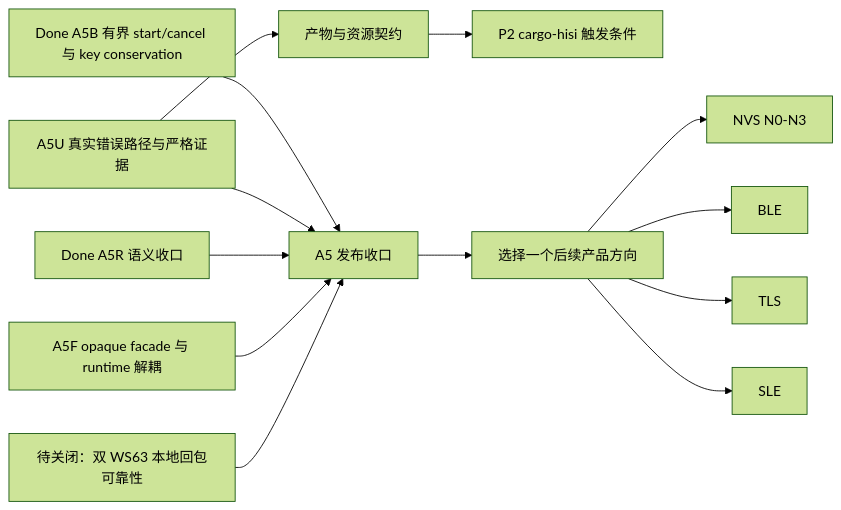
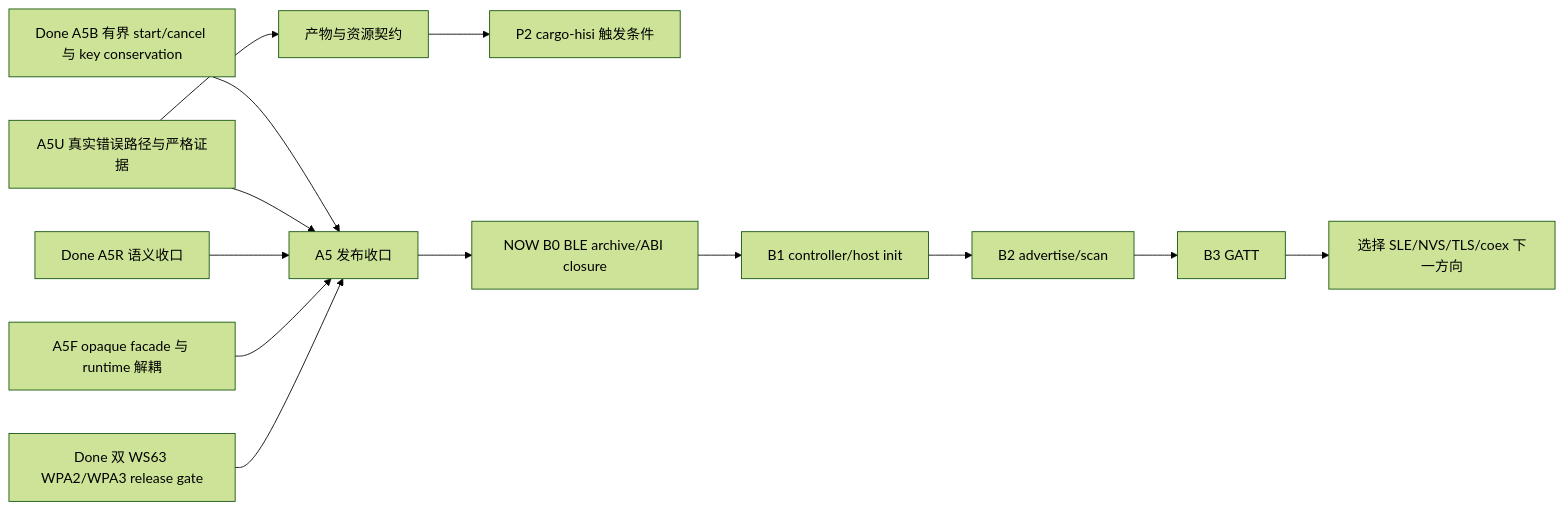
One commit to hispark-rs/hisi-riscv-rs changed the diagram in docs/plan/README.md. Above: the diagram before and after it, drawn with Mermaid (forest theme). The commit also changed other lines of this file and 2 other files, not shown here.

Commit message:
docs: close A5 and open BLE archive closure

````diff
--- a/docs/plan/README.md
+++ b/docs/plan/README.md
@@ -41,15 +41,15 @@
 ```mermaid
 flowchart LR
     A5B["Done A5B 有界 start/cancel 与 key conservation"] --> A5["A5 发布收口"]
     A5U["A5U 真实错误路径与严格证据"] --> A5
     A5U --> REPORT["产物与资源契约"]
     REPORT --> CLI["P2 cargo-hisi 触发条件"]
     A5R["Done A5R 语义收口"] --> A5
     A5F["A5F opaque facade 与 runtime 解耦"] --> A5
-    WPA3["待关闭：双 WS63 本地回包可靠性"] --> A5
-    A5 --> PRODUCT["选择一个后续产品方向"]
-    PRODUCT --> NVS["NVS N0-N3"]
-    PRODUCT --> BLE["BLE"]
-    PRODUCT --> TLS["TLS"]
-    PRODUCT --> SLE["SLE"]
+    WPA3["Done 双 WS63 WPA2/WPA3 release gate"] --> A5
+    A5 --> B0["NOW B0 BLE archive/ABI closure"]
+    B0 --> B1["B1 controller/host init"]
+    B1 --> B2["B2 advertise/scan"]
+    B2 --> B3["B3 GATT"]
+    B3 --> NEXT["选择 SLE/NVS/TLS/coex 下一方向"]
 ```
````
